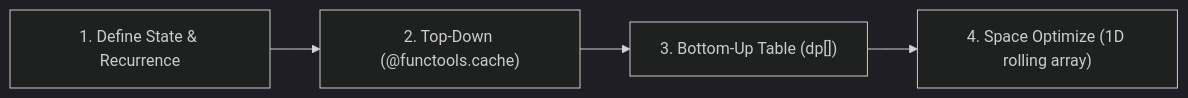
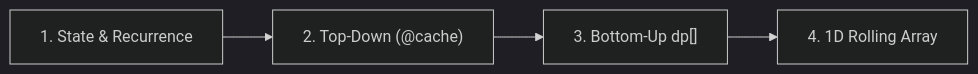
The diagram in grokking-coding-interview/17-dynamic-programming.md (SanjayR857/All-in-One-Notes), drawn with Mermaid (dark theme) before and after one commit. The commit also changed other lines of this file and 22 other files, not shown here.

````diff
--- a/grokking-coding-interview/17-dynamic-programming.md
+++ b/grokking-coding-interview/17-dynamic-programming.md
@@ -21,6 +20,4 @@
 ```mermaid
 flowchart LR
-    Rec["1. Define State & Recurrence"] --> Memo["2. Top-Down (@functools.cache)"]
-    Memo --> Tab["3. Bottom-Up Table (dp[])"]
-    Tab --> Opt["4. Space Optimize (1D rolling array)"]
+    Rec["1. State & Recurrence"] --> Memo["2. Top-Down (@cache)"] --> Tab["3. Bottom-Up dp[]"] --> Opt["4. 1D Rolling Array"]
 ```
````
